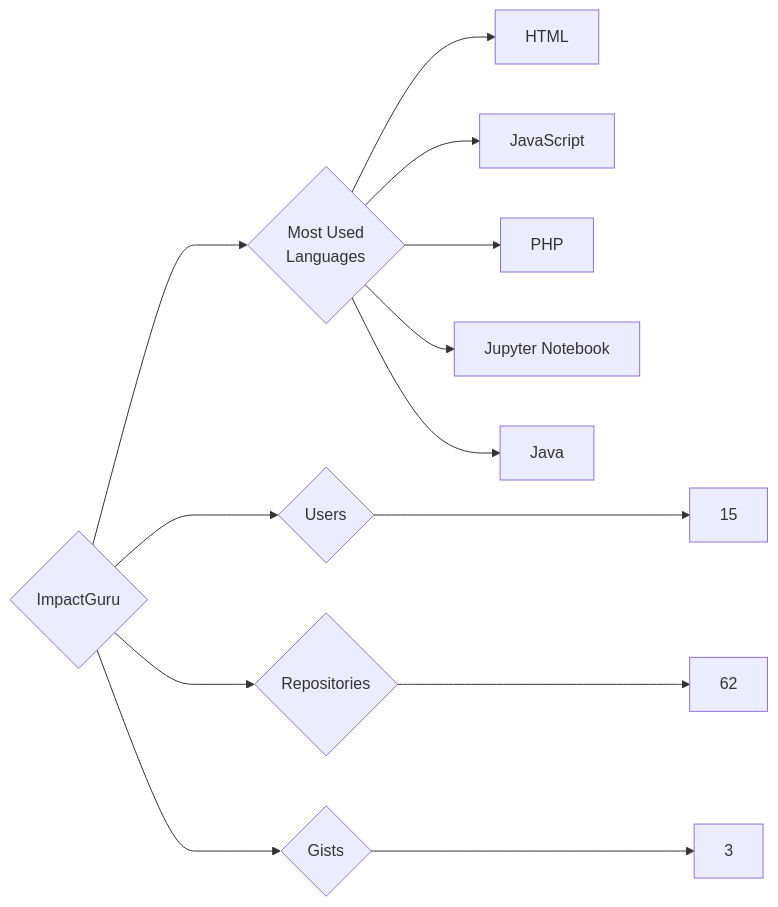
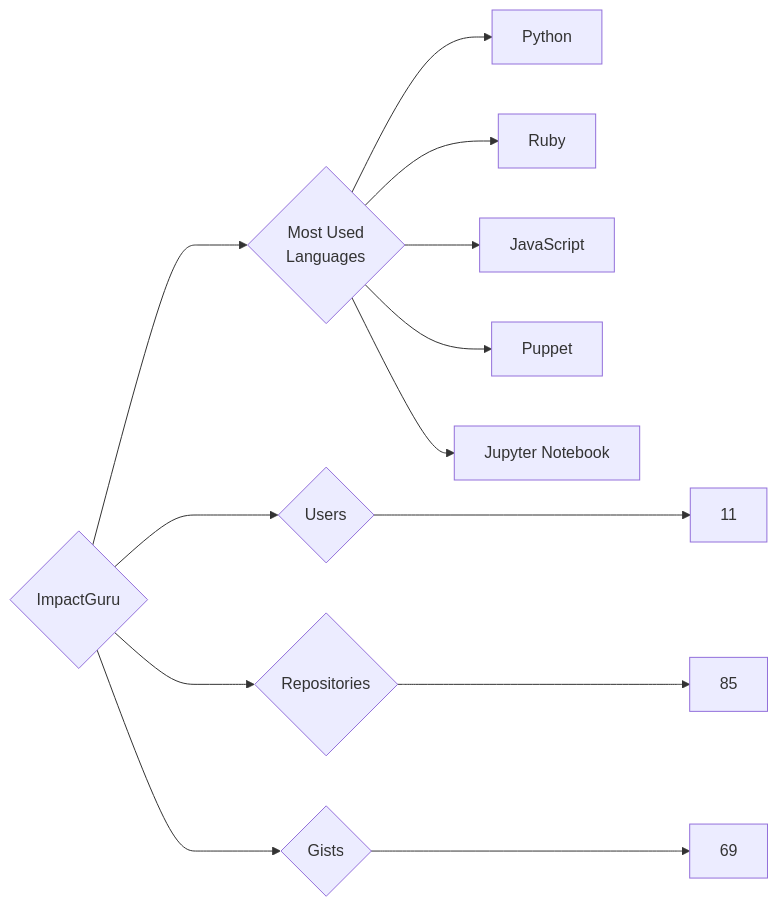
The diagram in targets/ImpactGuru/README.md (trickest/insiders), drawn with Mermaid before and after one commit. The commit also changed 837 other files, not shown here.

````diff
--- a/targets/ImpactGuru/README.md
+++ b/targets/ImpactGuru/README.md
@@ -3,13 +3,13 @@
 ```mermaid
 graph LR
 COMPANY_NAME{ImpactGuru}
-COMPANY_NAME ---> U{Users} ---> UN[15]
-COMPANY_NAME ---> R{Repositories} ---> RN[62]
-COMPANY_NAME ---> G{Gists} ---> GN[3]
+COMPANY_NAME ---> U{Users} ---> UN[11]
+COMPANY_NAME ---> R{Repositories} ---> RN[85]
+COMPANY_NAME ---> G{Gists} ---> GN[69]
 COMPANY_NAME ---> ML{Most Used<br>Languages}
-ML --> HTML[HTML]
+ML --> Python[Python]
+ML --> Ruby[Ruby]
 ML --> JavaScript[JavaScript]
-ML --> PHP[PHP]
+ML --> Puppet[Puppet]
 ML --> Jupyter_Notebook[Jupyter Notebook]
-ML --> Java[Java]
 ```
````
